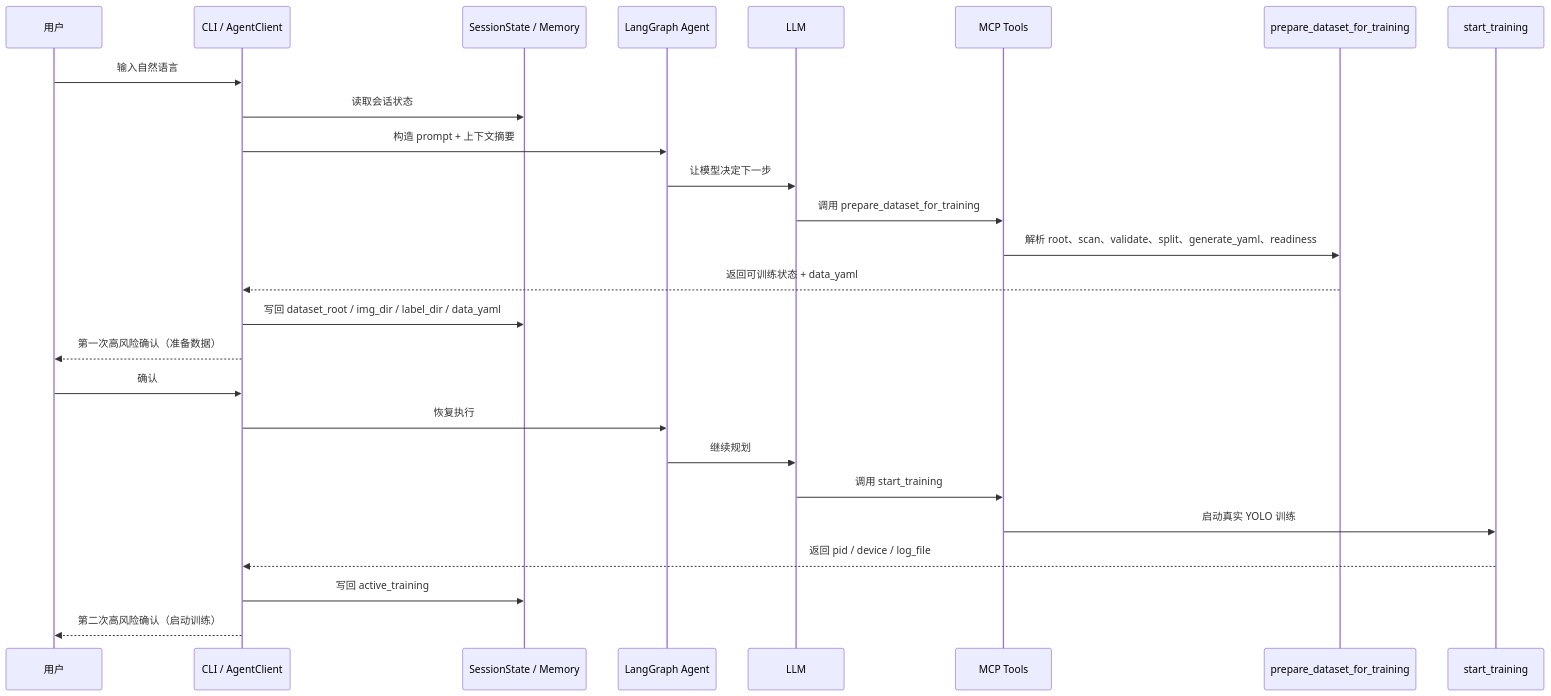
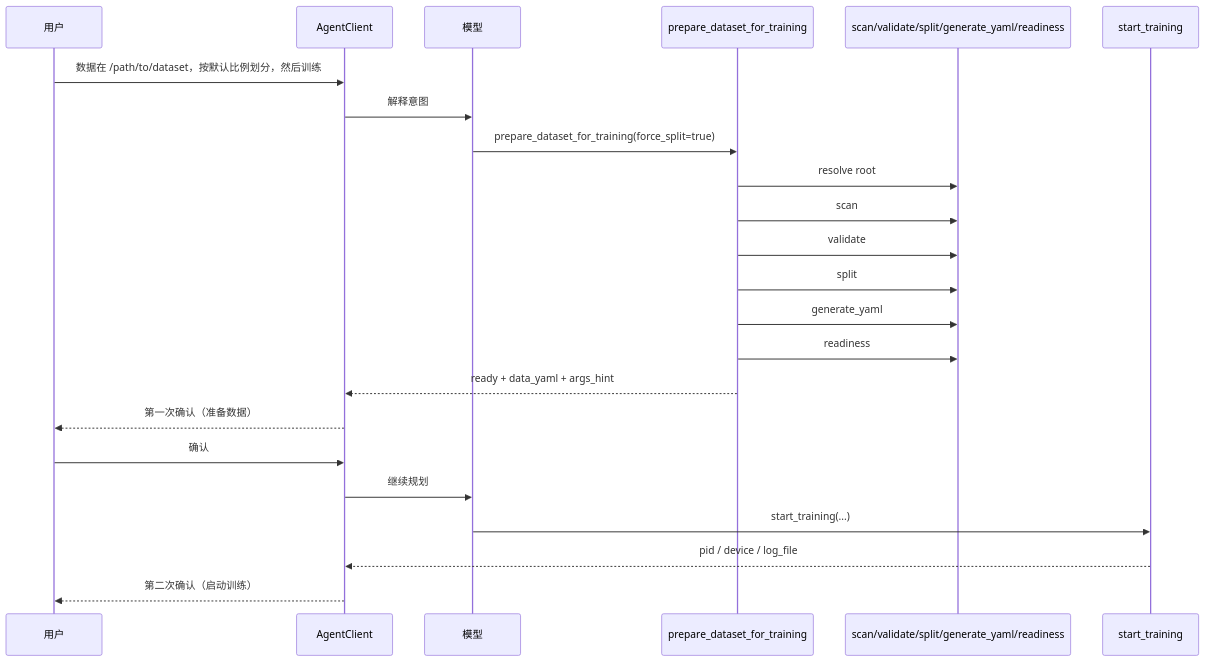
One commit to KLYkl/yolostudio-agent changed the fourth of 9 diagrams in doc/agent_architecture_learning_guide_2026-04-10.md. Above: the diagram before and after it, drawn with Mermaid. The commit also changed other lines of this file, not shown here.

Commit message:
docs: expand agent architecture learning guide

````diff
--- a/doc/agent_architecture_learning_guide_2026-04-10.md
+++ b/doc/agent_architecture_learning_guide_2026-04-10.md
@@ -84,29 +303,26 @@
 ```mermaid
 sequenceDiagram
     participant User as 用户
-    participant CLI as CLI / AgentClient
-    participant State as SessionState / Memory
-    participant Graph as LangGraph Agent
-    participant LLM as LLM
-    participant MCP as MCP Tools
+    participant Agent as AgentClient
+    participant LLM as 模型
     participant Combo as prepare_dataset_for_training
+    participant Data as scan/validate/split/generate_yaml/readiness
     participant Train as start_training
 
-    User->>CLI: 输入自然语言
-    CLI->>State: 读取会话状态
-    CLI->>Graph: 构造 prompt + 上下文摘要
-    Graph->>LLM: 让模型决定下一步
-    LLM->>MCP: 调用 prepare_dataset_for_training
-    MCP->>Combo: 解析 root、scan、validate、split、generate_yaml、readiness
-    Combo-->>CLI: 返回可训练状态 + data_yaml
-    CLI->>State: 写回 dataset_root / img_dir / label_dir / data_yaml
-    CLI-->>User: 第一次高风险确认（准备数据）
-    User->>CLI: 确认
-    CLI->>Graph: 恢复执行
-    Graph->>LLM: 继续规划
-    LLM->>MCP: 调用 start_training
-    MCP->>Train: 启动真实 YOLO 训练
-    Train-->>CLI: 返回 pid / device / log_file
-    CLI->>State: 写回 active_training
-    CLI-->>User: 第二次高风险确认（启动训练）
+    User->>Agent: 数据在 /path/to/dataset，按默认比例划分，然后训练
+    Agent->>LLM: 解释意图
+    LLM->>Combo: prepare_dataset_for_training(force_split=true)
+    Combo->>Data: resolve root
+    Combo->>Data: scan
+    Combo->>Data: validate
+    Combo->>Data: split
+    Combo->>Data: generate_yaml
+    Combo->>Data: readiness
+    Combo-->>Agent: ready + data_yaml + args_hint
+    Agent-->>User: 第一次确认（准备数据）
+    User->>Agent: 确认
+    Agent->>LLM: 继续规划
+    LLM->>Train: start_training(...)
+    Train-->>Agent: pid / device / log_file
+    Agent-->>User: 第二次确认（启动训练）
 ```
````
